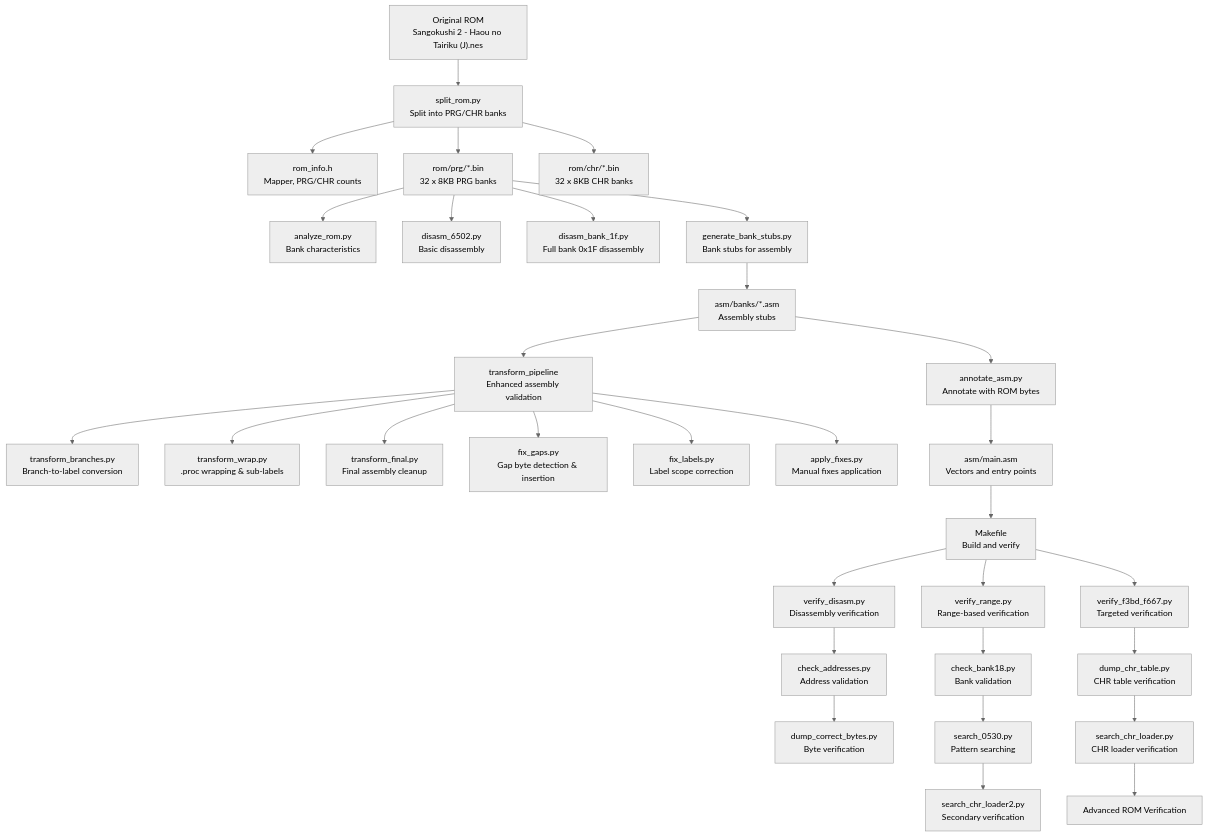
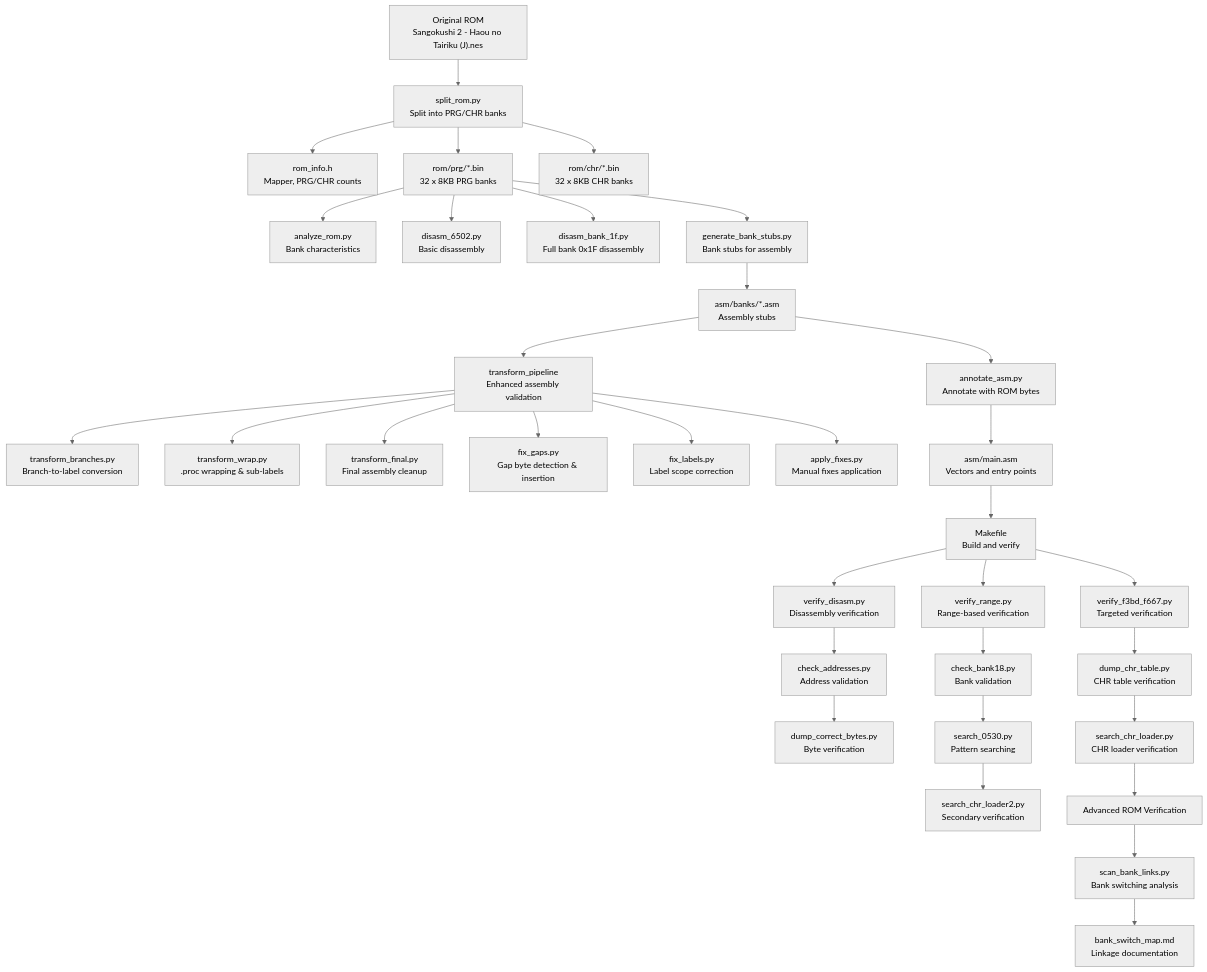
The first of 10 diagrams in .qoder/repowiki/en/content/ROM Analysis and Understanding/ROM Analysis and Understanding.md (rabbyzero/sango2dasm), drawn with Mermaid (neutral theme) before and after one commit. The commit also changed other lines of this file and 33 other files, not shown here.

````diff
--- a/.qoder/repowiki/en/content/ROM Analysis and Understanding/ROM Analysis and Understanding.md
+++ b/.qoder/repowiki/en/content/ROM Analysis and Understanding/ROM Analysis and Understanding.md
@@ -80,33 +91,35 @@
 ```mermaid
 graph TB
 A["Original ROM<br/>Sangokushi 2 - Haou no Tairiku (J).nes"] --> B["split_rom.py<br/>Split into PRG/CHR banks"]
 B --> C["rom_info.h<br/>Mapper, PRG/CHR counts"]
 B --> D["rom/prg/*.bin<br/>32 x 8KB PRG banks"]
 B --> E["rom/chr/*.bin<br/>32 x 8KB CHR banks"]
 D --> F["analyze_rom.py<br/>Bank characteristics"]
 D --> G["disasm_6502.py<br/>Basic disassembly"]
 D --> H["disasm_bank_1f.py<br/>Full bank 0x1F disassembly"]
 D --> I["generate_bank_stubs.py<br/>Bank stubs for assembly"]
 I --> J["asm/banks/*.asm<br/>Assembly stubs"]
 J --> K["transform_pipeline<br/>Enhanced assembly validation"]
 K --> L["transform_branches.py<br/>Branch-to-label conversion"]
 K --> M["transform_wrap.py<br/>.proc wrapping & sub-labels"]
 K --> N["transform_final.py<br/>Final assembly cleanup"]
 K --> O["fix_gaps.py<br/>Gap byte detection & insertion"]
 K --> P["fix_labels.py<br/>Label scope correction"]
 K --> Q["apply_fixes.py<br/>Manual fixes application"]
 J --> R["annotate_asm.py<br/>Annotate with ROM bytes"]
 R --> S["asm/main.asm<br/>Vectors and entry points"]
 S --> T["Makefile<br/>Build and verify"]
 T --> U["verify_disasm.py<br/>Disassembly verification"]
 T --> V["verify_range.py<br/>Range-based verification"]
 T --> W["verify_f3bd_f667.py<br/>Targeted verification"]
 U --> X["check_addresses.py<br/>Address validation"]
 V --> Y["check_bank18.py<br/>Bank validation"]
 W --> Z["dump_chr_table.py<br/>CHR table verification"]
 X --> AA["dump_correct_bytes.py<br/>Byte verification"]
 Y --> AB["search_0530.py<br/>Pattern searching"]
 Z --> AC["search_chr_loader.py<br/>CHR loader verification"]
 AB --> AD["search_chr_loader2.py<br/>Secondary verification"]
 AC --> AE["Advanced ROM Verification"]
+AE --> AF["scan_bank_links.py<br/>Bank switching analysis"]
+AF --> AG["bank_switch_map.md<br/>Linkage documentation"]
 ```
````
